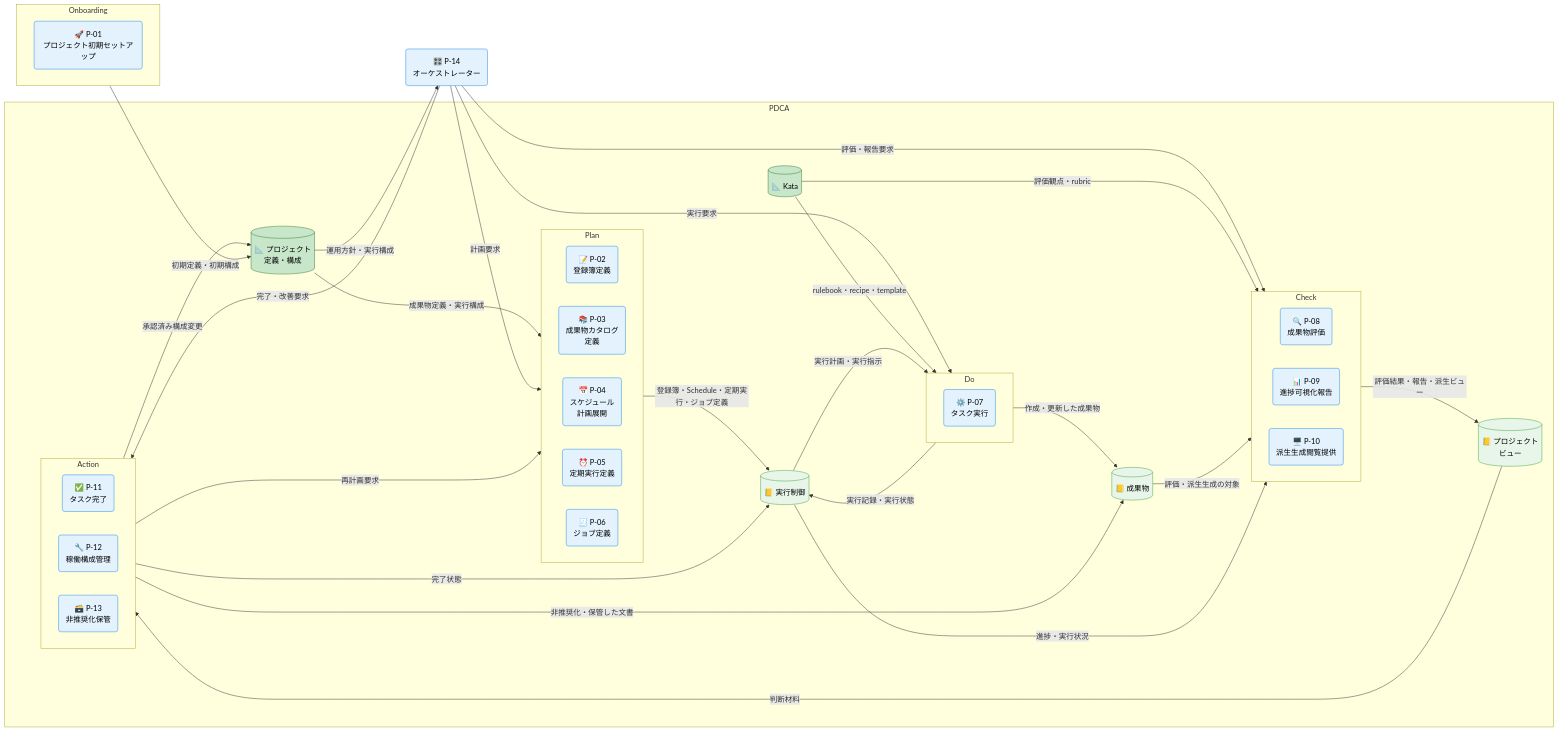
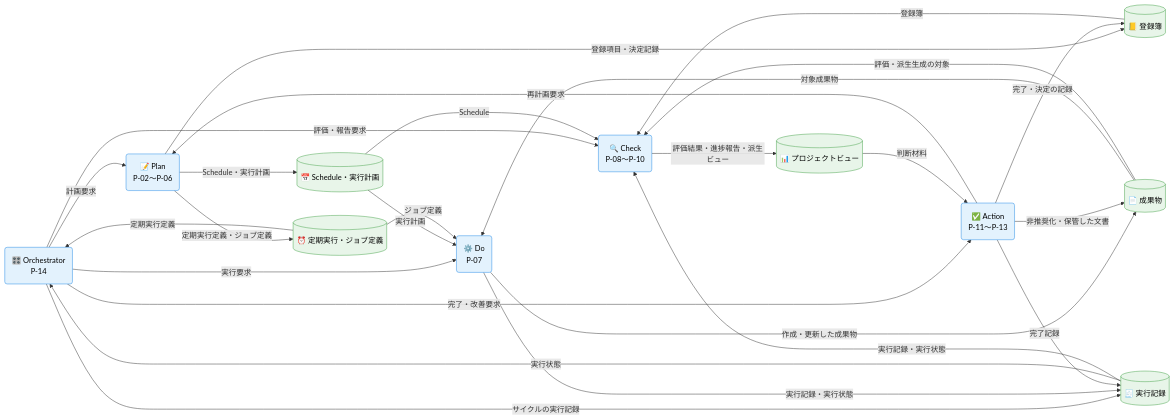
The first of 3 diagrams in docs/ja/product/010-business-specs/010-data-flow/cdfd-overview.md (specdojo/spec-dojo-handbook), drawn with Mermaid before and after one commit. The commit also changed other lines of this file, not shown here.

Commit message:
docs(cdfd-overview): データストア一覧を追加し概念データフローを 2 図へ再構成する
- 4 章にデータストア一覧（マスタ・構成／トランザクション）と図への統合方針を追加
- プロジェクト定義・実行構成を「稼働構成」に統合し、agent 定義・入口指示・メンバー・ロールを含める
- Kata は Onboarding で配置、P-12 でバージョン更新する整理にし、初期化を Onboarding へ改名
- 概念データフローを subgraph なしのプロセスグループ 6 ノード＋データストア 9 ノードへ描き直し、
  トランザクションとマスタ・構成の 2 図に分割
- 個別入出力のデータストア列をデータストア一覧の名称へ統一

````diff
--- a/docs/ja/product/010-business-specs/010-data-flow/cdfd-overview.md
+++ b/docs/ja/product/010-business-specs/010-data-flow/cdfd-overview.md
@@ -123,85 +137,52 @@
 ```mermaid
 flowchart LR
   classDef process fill:#e3f2fd,stroke:#1e88e5,color:#000
-  classDef event fill:#fff3e0,stroke:#fb8c00,color:#000
-  classDef storeMaster fill:#c8e6c9,stroke:#2e7d32,color:#000
   classDef storeTransaction fill:#e8f5e9,stroke:#43a047,color:#000
-  classDef actor fill:#f5f7fa,stroke:#607d8b,color:#000
 
-  subgraph Setup[Onboarding]
-    direction LR
-    P01("🚀 P-01<br>プロジェクト初期セットアップ")
-  end
+  Orchestrator("🎛️ Orchestrator<br>P-14")
+  Plan("📝 Plan<br>P-02〜P-06")
+  Register[("📒 登録簿")]
+  Schedule[("📅 Schedule・実行計画")]
+  Routine[("⏰ 定期実行・ジョブ定義")]
+  Do("⚙️ Do<br>P-07")
+  Deliverables[("📄 成果物")]
+  ExecLog[("🧾 実行記録")]
+  Check("🔍 Check<br>P-08〜P-10")
+  ProjectView[("📊 プロジェクトビュー")]
+  Action("✅ Action<br>P-11〜P-13")
 
-  P14("🎛️ P-14<br>オーケストレーター")
+  Orchestrator ~~~ Plan ~~~ Do ~~~ Check ~~~ Action
 
-  subgraph PDCA
-    Definition[("📐 プロジェクト<br>定義・構成")]
+  Orchestrator -->|"計画要求"| Plan
+  Orchestrator -->|"実行要求"| Do
+  Orchestrator -->|"評価・報告要求"| Check
+  Orchestrator -->|"完了・改善要求"| Action
+  Routine -->|"定期実行定義"| Orchestrator
+  ExecLog -->|"実行状態"| Orchestrator
+  Orchestrator -->|"サイクルの実行記録"| ExecLog
 
-    subgraph Plan
-      direction LR
-      P02("📝 P-02<br>登録簿定義")
-      P03("📚 P-03<br>成果物カタログ<br>定義")
-      P04("📅 P-04<br>スケジュール<br>計画展開")
-      P05("⏰ P-05<br>定期実行定義")
-      P06("🧾 P-06<br>ジョブ定義")
-    end
+  Plan -->|"登録項目・決定記録"| Register
+  Plan -->|"Schedule・実行計画"| Schedule
+  Plan -->|"定期実行定義・ジョブ定義"| Routine
 
-    Kata[("📐 Kata")]
-    Control[("📒 実行制御")]
-    Deliverables[("📒 成果物")]
-
-    subgraph Do
-      direction LR
-      P07("⚙️ P-07<br>タスク実行")
-    end
-
-    subgraph Check
-      direction LR
-      P08("🔍 P-08<br>成果物評価")
-      P09("📊 P-09<br>進捗可視化報告")
-      P10("🖥️ P-10<br>派生生成閲覧提供")
-    end
-
-    ProjectView[("📒 プロジェクト<br>ビュー")]
-
-    subgraph Action
-      direction LR
-      P11("✅ P-11<br>タスク完了")
-      P12("🔧 P-12<br>稼働構成管理")
-      P13("🗃️ P-13<br>非推奨化保管")
-    end
-  end
-
-  P01 -->|"初期定義・初期構成"| Definition
-
-  Definition -->|"運用方針・実行構成"| P14
-  Definition -->|"成果物定義・実行構成"| Plan
-
-  P14 -->|"計画要求"| Plan
-  P14 -->|"実行要求"| Do
-  P14 -->|"評価・報告要求"| Check
-  P14 -->|"完了・改善要求"| Action
-
-  Plan -->|"登録簿・Schedule・定期実行・ジョブ定義"| Control
-
-  Kata -->|"rulebook・recipe・template"| Do
-  Kata -->|"評価観点・rubric"| Check
-  Control -->|"実行計画・実行指示"| Do
-  Do -->|"実行記録・実行状態"| Control
+  Schedule -->|"実行計画"| Do
+  Routine -->|"ジョブ定義"| Do
+  Deliverables -->|"対象成果物"| Do
   Do -->|"作成・更新した成果物"| Deliverables
+  Do -->|"実行記録・実行状態"| ExecLog
 
   Deliverables -->|"評価・派生生成の対象"| Check
-  Control -->|"進捗・実行状況"| Check
-  Check -->|"評価結果・報告・派生ビュー"| ProjectView
+  Schedule -->|"Schedule"| Check
+  Register -->|"登録簿"| Check
+  ExecLog -->|"実行記録・実行状態"| Check
+  Check -->|"評価結果・進捗報告・派生ビュー"| ProjectView
+
   ProjectView -->|"判断材料"| Action
+  Action -->|"完了・決定の記録"| Register
+  Action -->|"完了記録"| ExecLog
+  Action -->|"非推奨化・保管した文書"| Deliverables
+  Action -->|"再計画要求"| Plan
 
-  Action -->|"承認済み構成変更"| Definition
-  Action -->|"再計画要求"| Plan
-  Action -->|"非推奨化・保管した文書"| Deliverables
-  Action -->|"完了状態"| Control
-
-  class P01,P02,P03,P04,P05,P06,P07,P08,P09,P10,P11,P12,P13,P14 process
-  class Definition,Kata storeMaster
-  class Control,Deliverables,ProjectView storeTransaction
+  class Orchestrator,Plan,Do,Check,Action process
+  class Register,Schedule,Routine,ExecLog,Deliverables,ProjectView storeTransaction
 ```
````
